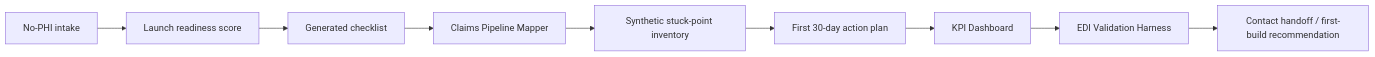
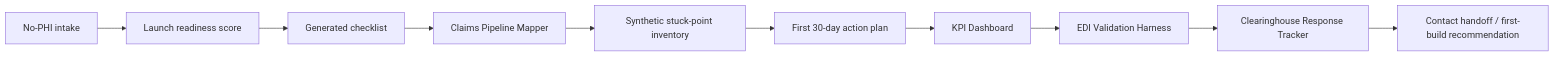
The diagram in README.md (RevCycleMGMT/revcyclemgmt-app-shell), drawn with Mermaid before and after one commit. The commit also changed other lines of this file and 12 other files, not shown here.

Commit message:
Add clearinghouse response tracker workspace

````diff
--- a/README.md
+++ b/README.md
@@ -156,11 +189,12 @@
 ```mermaid
 flowchart LR
     A[No-PHI intake] --> B[Launch readiness score]
     B --> C[Generated checklist]
     C --> D[Claims Pipeline Mapper]
     D --> E[Synthetic stuck-point inventory]
     E --> F[First 30-day action plan]
     F --> G[KPI Dashboard]
     G --> H[EDI Validation Harness]
-    H --> I[Contact handoff / first-build recommendation]
+    H --> I[Clearinghouse Response Tracker]
+    I --> J[Contact handoff / first-build recommendation]
 ```
````
